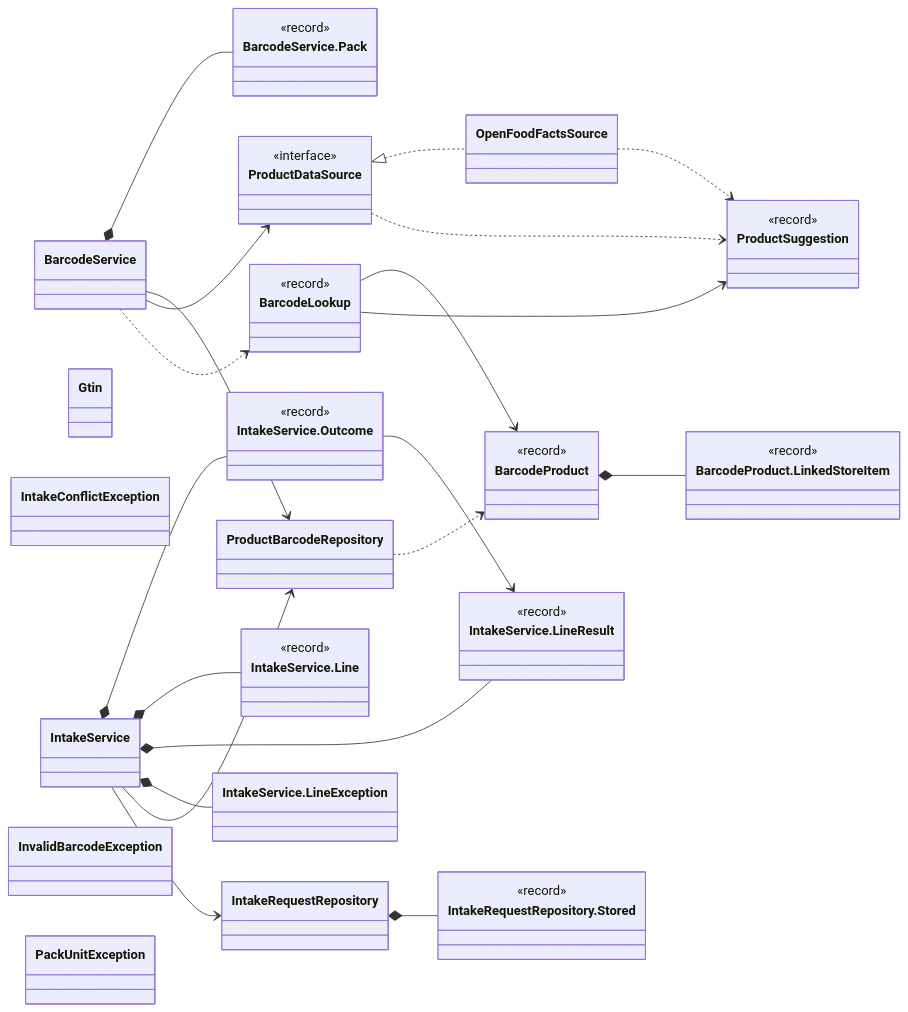
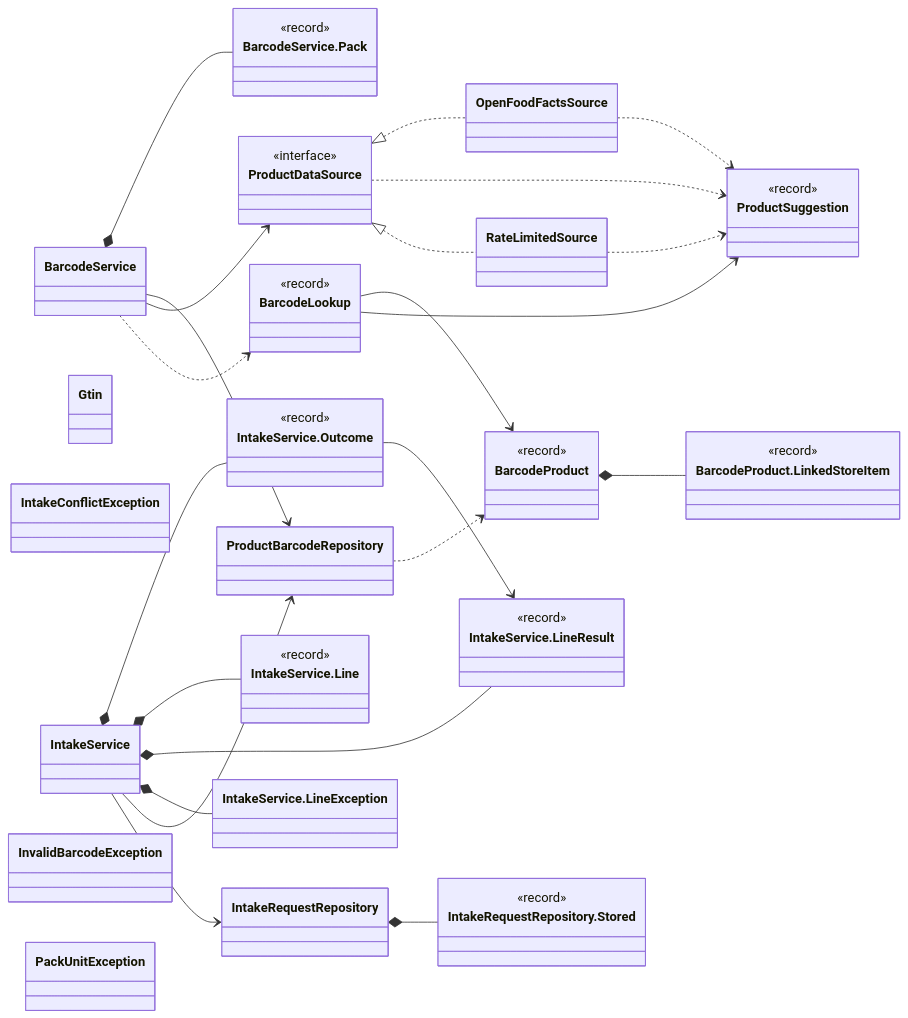
Before and after one commit to Nate-ryan-7690/dahaem: the first of 22 diagrams in docs/classes/barcode.md, drawn with Mermaid. The commit also changed other lines of this file and 3 other files, not shown here.

````diff
--- a/docs/classes/barcode.md
+++ b/docs/classes/barcode.md
@@ -11,63 +11,66 @@
 ```mermaid
 classDiagram
     direction LR
     class barcode_BarcodeLookup["BarcodeLookup"] {
         <<record>>
     }
     class barcode_BarcodeProduct["BarcodeProduct"] {
         <<record>>
     }
     class barcode_BarcodeProduct_LinkedStoreItem["BarcodeProduct.LinkedStoreItem"] {
         <<record>>
     }
     class barcode_BarcodeService["BarcodeService"]
     class barcode_BarcodeService_Pack["BarcodeService.Pack"] {
         <<record>>
     }
     class barcode_Gtin["Gtin"]
     class barcode_IntakeConflictException["IntakeConflictException"]
     class barcode_IntakeRequestRepository["IntakeRequestRepository"]
     class barcode_IntakeRequestRepository_Stored["IntakeRequestRepository.Stored"] {
         <<record>>
     }
     class barcode_IntakeService["IntakeService"]
     class barcode_IntakeService_Outcome["IntakeService.Outcome"] {
         <<record>>
     }
     class barcode_IntakeService_Line["IntakeService.Line"] {
         <<record>>
     }
     class barcode_IntakeService_LineResult["IntakeService.LineResult"] {
         <<record>>
     }
     class barcode_IntakeService_LineException["IntakeService.LineException"]
     class barcode_InvalidBarcodeException["InvalidBarcodeException"]
     class barcode_OpenFoodFactsSource["OpenFoodFactsSource"]
     class barcode_PackUnitException["PackUnitException"]
     class barcode_ProductBarcodeRepository["ProductBarcodeRepository"]
     class barcode_ProductDataSource["ProductDataSource"] {
         <<interface>>
     }
     class barcode_ProductSuggestion["ProductSuggestion"] {
         <<record>>
     }
+    class barcode_RateLimitedSource["RateLimitedSource"]
     barcode_BarcodeLookup --> barcode_BarcodeProduct
     barcode_BarcodeLookup --> barcode_ProductSuggestion
     barcode_BarcodeProduct *-- barcode_BarcodeProduct_LinkedStoreItem
     barcode_BarcodeService *-- barcode_BarcodeService_Pack
     barcode_BarcodeService --> barcode_ProductBarcodeRepository
     barcode_BarcodeService --> barcode_ProductDataSource
     barcode_BarcodeService ..> barcode_BarcodeLookup
     barcode_IntakeRequestRepository *-- barcode_IntakeRequestRepository_Stored
     barcode_IntakeService *-- barcode_IntakeService_Outcome
     barcode_IntakeService *-- barcode_IntakeService_Line
     barcode_IntakeService *-- barcode_IntakeService_LineResult
     barcode_IntakeService *-- barcode_IntakeService_LineException
     barcode_IntakeService --> barcode_ProductBarcodeRepository
     barcode_IntakeService --> barcode_IntakeRequestRepository
     barcode_IntakeService_Outcome --> barcode_IntakeService_LineResult
     barcode_ProductDataSource <|.. barcode_OpenFoodFactsSource
     barcode_OpenFoodFactsSource ..> barcode_ProductSuggestion
     barcode_ProductBarcodeRepository ..> barcode_BarcodeProduct
     barcode_ProductDataSource ..> barcode_ProductSuggestion
+    barcode_ProductDataSource <|.. barcode_RateLimitedSource
+    barcode_RateLimitedSource ..> barcode_ProductSuggestion
 ```
````
